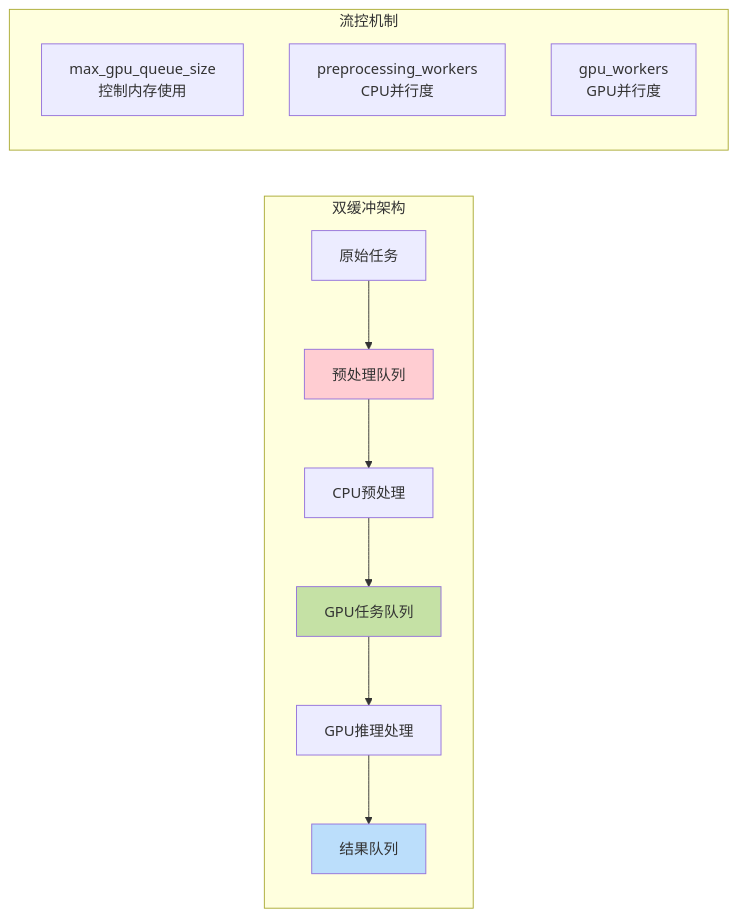
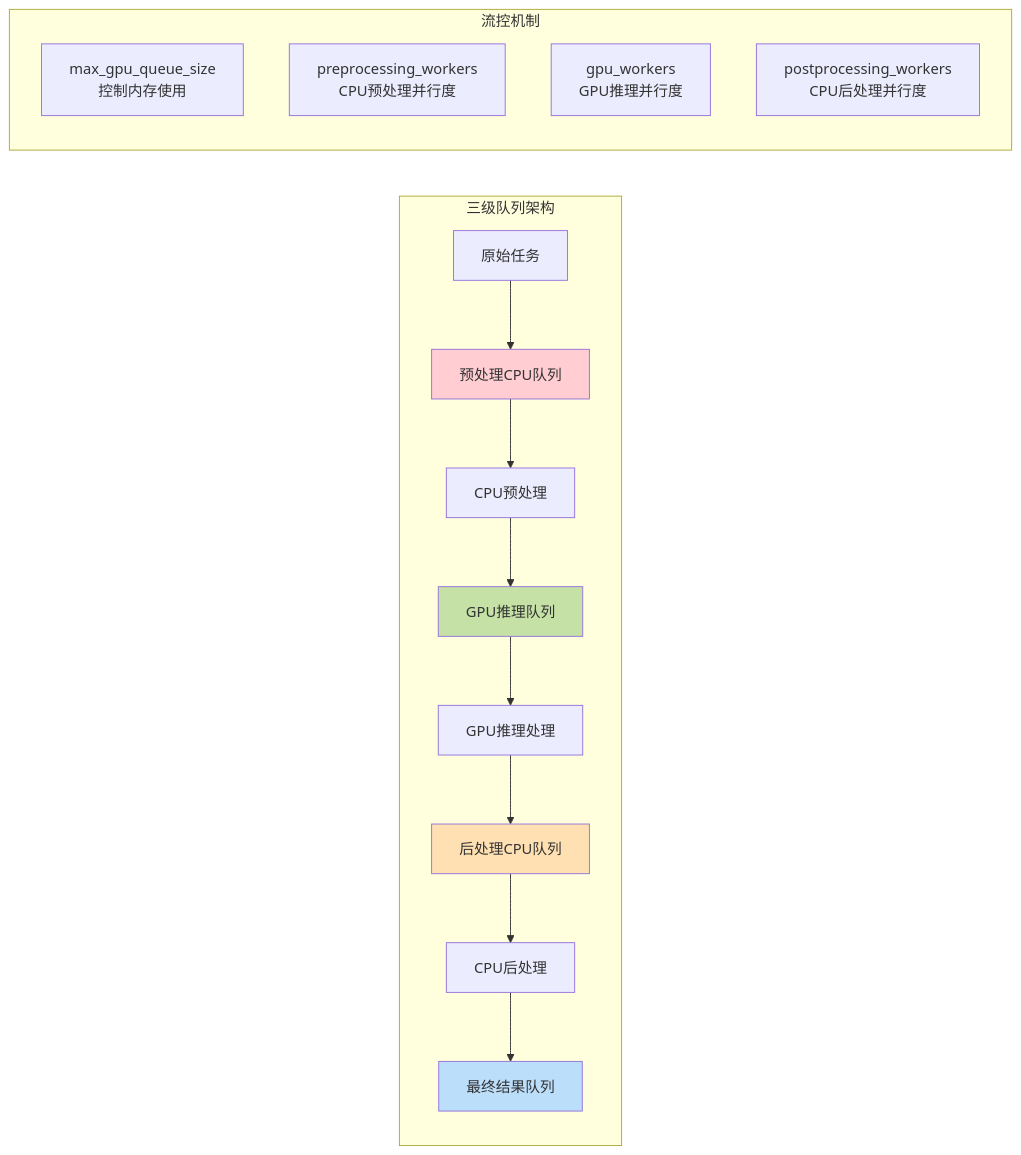
The third of 9 diagrams in arch.md (chukonu-team/MinerU-merge), drawn with Mermaid before and after one commit. The commit also changed other lines of this file and 2 other files, not shown here.

````diff
--- a/arch.md
+++ b/arch.md
@@ -84,20 +93,24 @@
 ```mermaid
 graph LR
-    subgraph "双缓冲架构"
-        A[原始任务] --> B[预处理队列]
+    subgraph "三级队列架构"
+        A[原始任务] --> B[预处理CPU队列]
         B --> C[CPU预处理]
-        C --> D[GPU任务队列]
+        C --> D[GPU推理队列]
         D --> E[GPU推理处理]
-        E --> F[结果队列]
+        E --> F[后处理CPU队列]
+        F --> G[CPU后处理]
+        G --> H[最终结果队列]
 
         style B fill:#ffcdd2
         style D fill:#c5e1a5
-        style F fill:#bbdefb
+        style F fill:#ffe0b2
+        style H fill:#bbdefb
     end
 
     subgraph "流控机制"
-        G[max_gpu_queue_size<br/>控制内存使用]
-        H[preprocessing_workers<br/>CPU并行度]
-        I[gpu_workers<br/>GPU并行度]
+        G1[max_gpu_queue_size<br/>控制内存使用]
+        H1[preprocessing_workers<br/>CPU预处理并行度]
+        I1[gpu_workers<br/>GPU推理并行度]
+        J1[postprocessing_workers<br/>CPU后处理并行度]
     end
 ```
````
